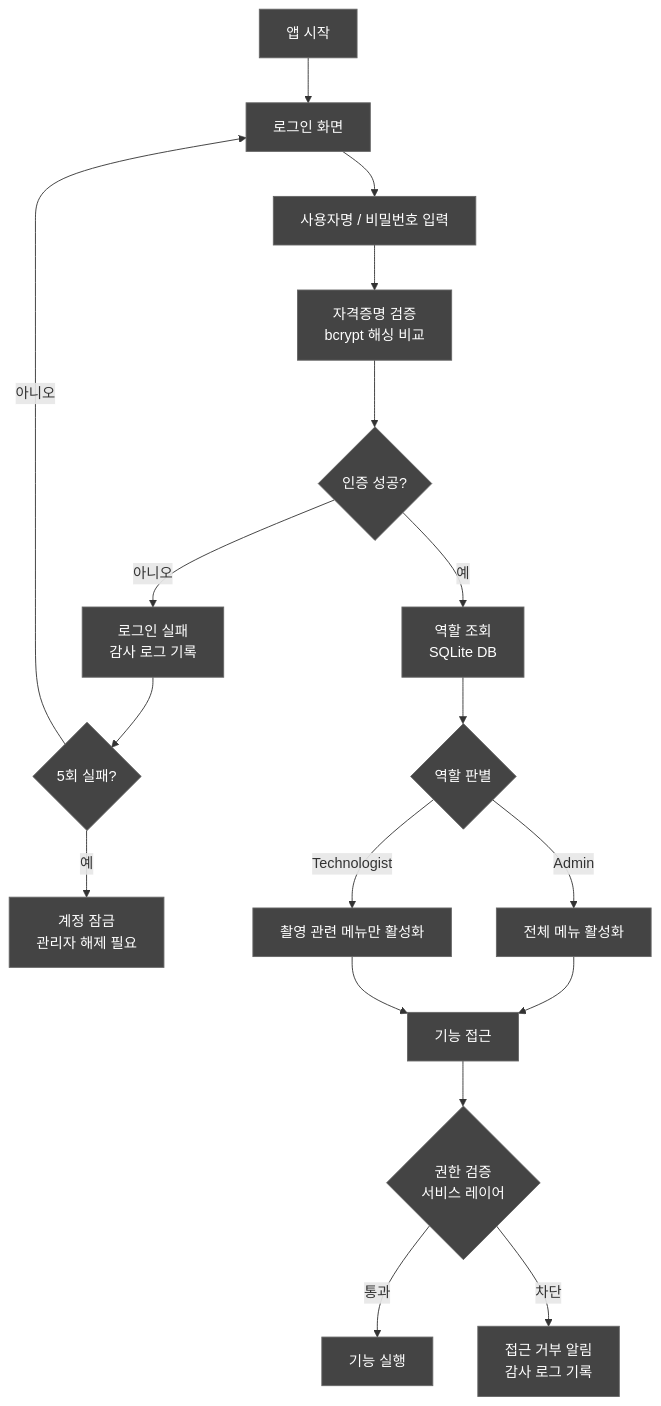
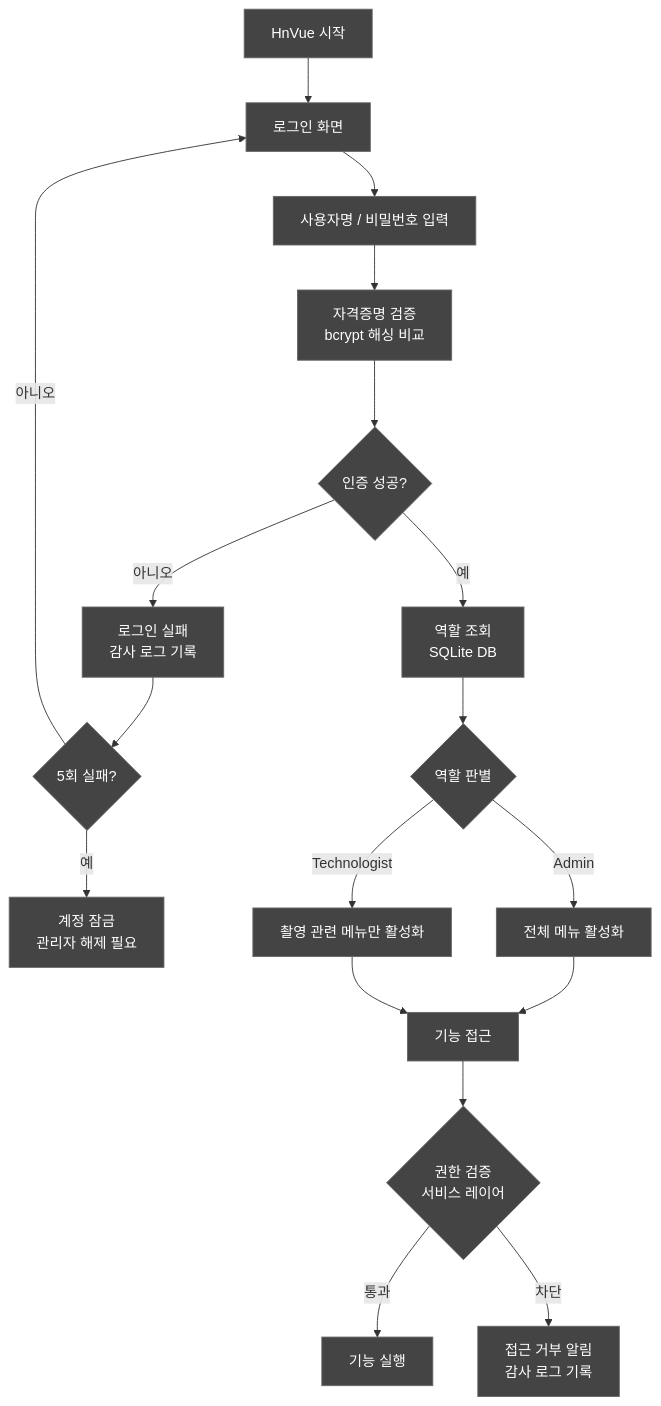
One commit to holee9/console-gui changed the third of 8 diagrams in docs/planning/DOC-001a_MR_Detailed_Spec_Tier1.md. Above: the diagram before and after it, drawn with Mermaid. The commit also changed 1 other file, not shown here.

Commit message:
fix: MR 설명서 용어 통일 — 콘솔/앱/프로그램 시작 → HnVue 시작
자사 제품 지칭 시 '콘솔', '앱', '프로그램' → 'HnVue'로 통일.
일반 명사(X-ray 콘솔 SW, 콘솔 제품 카테고리)는 유지.

````diff
--- a/docs/planning/DOC-001a_MR_Detailed_Spec_Tier1.md
+++ b/docs/planning/DOC-001a_MR_Detailed_Spec_Tier1.md
@@ -209,37 +209,37 @@
 ```mermaid
 flowchart TD
-    A[앱 시작] --> B[로그인 화면]
+    A[HnVue 시작] --> B[로그인 화면]
     B --> C[사용자명 / 비밀번호 입력]
     C --> D[자격증명 검증\nbcrypt 해싱 비교]
     D --> E{인증 성공?}
     E -- 아니오 --> F[로그인 실패\n감사 로그 기록]
     F --> G{5회 실패?}
     G -- 예 --> H[계정 잠금\n관리자 해제 필요]
     G -- 아니오 --> B
     E -- 예 --> I[역할 조회\nSQLite DB]
     I --> J{역할 판별}
     J -- Admin --> K[전체 메뉴 활성화]
     J -- Technologist --> L[촬영 관련 메뉴만 활성화]
     K --> M[기능 접근]
     L --> M
     M --> N{권한 검증\n서비스 레이어}
     N -- 통과 --> O[기능 실행]
     N -- 차단 --> P[접근 거부 알림\n감사 로그 기록]
 
 style A fill:#444,stroke:#666,color:#fff
 style B fill:#444,stroke:#666,color:#fff
 style C fill:#444,stroke:#666,color:#fff
 style D fill:#444,stroke:#666,color:#fff
 style E fill:#444,stroke:#666,color:#fff
 style F fill:#444,stroke:#666,color:#fff
 style G fill:#444,stroke:#666,color:#fff
 style H fill:#444,stroke:#666,color:#fff
 style I fill:#444,stroke:#666,color:#fff
 style J fill:#444,stroke:#666,color:#fff
 style K fill:#444,stroke:#666,color:#fff
 style L fill:#444,stroke:#666,color:#fff
 style M fill:#444,stroke:#666,color:#fff
 style N fill:#444,stroke:#666,color:#fff
 style O fill:#444,stroke:#666,color:#fff
 style P fill:#444,stroke:#666,color:#fff
 ```
````
